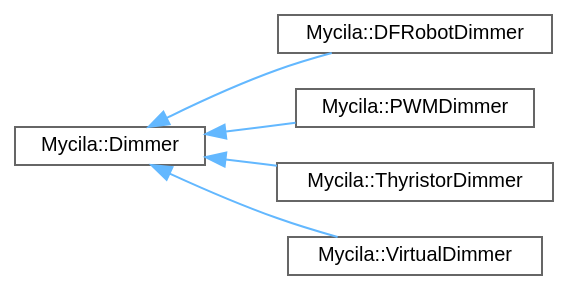
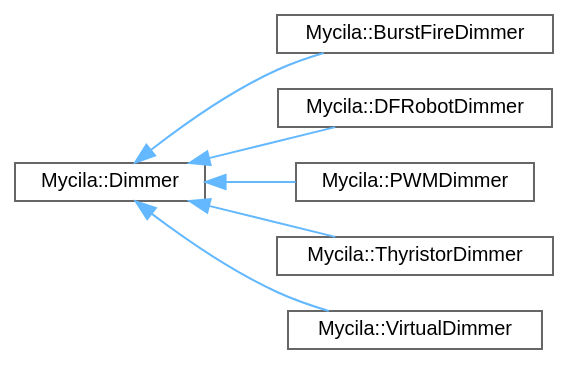
One commit to mathieucarbou/MycilaDimmer changed the diagram in docs/api/inherit_graph_3.dot. Above: the diagram before and after it, drawn with Graphviz. The commit also changed 43 other files, not shown here.

```diff
--- a/docs/api/inherit_graph_3.dot
+++ b/docs/api/inherit_graph_3.dot
@@ -1,17 +1,19 @@
 digraph "Graphical Class Hierarchy"
 {
  // LATEX_PDF_SIZE
   bgcolor="transparent";
   edge [fontname=Helvetica,fontsize=10,labelfontname=Helvetica,labelfontsize=10];
   node [fontname=Helvetica,fontsize=10,shape=box,height=0.2,width=0.4];
   rankdir="LR";
   Node0 [id="Node000000",label="Mycila::Dimmer",height=0.2,width=0.4,color="grey40", fillcolor="white", style="filled",URL="$class_mycila_1_1_dimmer.html",tooltip=" "];
   Node0 -> Node1 [id="edge1_Node000000_Node000001",dir="back",color="steelblue1",style="solid",tooltip=" "];
-  Node1 [id="Node000001",label="Mycila::DFRobotDimmer",height=0.2,width=0.4,color="grey40", fillcolor="white", style="filled",URL="$class_mycila_1_1_d_f_robot_dimmer.html",tooltip=" "];
+  Node1 [id="Node000001",label="Mycila::BurstFireDimmer",height=0.2,width=0.4,color="grey40", fillcolor="white", style="filled",URL="$class_mycila_1_1_burst_fire_dimmer.html",tooltip=" "];
   Node0 -> Node2 [id="edge2_Node000000_Node000002",dir="back",color="steelblue1",style="solid",tooltip=" "];
-  Node2 [id="Node000002",label="Mycila::PWMDimmer",height=0.2,width=0.4,color="grey40", fillcolor="white", style="filled",URL="$class_mycila_1_1_p_w_m_dimmer.html",tooltip=" "];
+  Node2 [id="Node000002",label="Mycila::DFRobotDimmer",height=0.2,width=0.4,color="grey40", fillcolor="white", style="filled",URL="$class_mycila_1_1_d_f_robot_dimmer.html",tooltip=" "];
   Node0 -> Node3 [id="edge3_Node000000_Node000003",dir="back",color="steelblue1",style="solid",tooltip=" "];
-  Node3 [id="Node000003",label="Mycila::ThyristorDimmer",height=0.2,width=0.4,color="grey40", fillcolor="white", style="filled",URL="$class_mycila_1_1_thyristor_dimmer.html",tooltip=" "];
+  Node3 [id="Node000003",label="Mycila::PWMDimmer",height=0.2,width=0.4,color="grey40", fillcolor="white", style="filled",URL="$class_mycila_1_1_p_w_m_dimmer.html",tooltip=" "];
   Node0 -> Node4 [id="edge4_Node000000_Node000004",dir="back",color="steelblue1",style="solid",tooltip=" "];
-  Node4 [id="Node000004",label="Mycila::VirtualDimmer",height=0.2,width=0.4,color="grey40", fillcolor="white", style="filled",URL="$class_mycila_1_1_virtual_dimmer.html",tooltip=" "];
+  Node4 [id="Node000004",label="Mycila::ThyristorDimmer",height=0.2,width=0.4,color="grey40", fillcolor="white", style="filled",URL="$class_mycila_1_1_thyristor_dimmer.html",tooltip=" "];
+  Node0 -> Node5 [id="edge5_Node000000_Node000005",dir="back",color="steelblue1",style="solid",tooltip=" "];
+  Node5 [id="Node000005",label="Mycila::VirtualDimmer",height=0.2,width=0.4,color="grey40", fillcolor="white", style="filled",URL="$class_mycila_1_1_virtual_dimmer.html",tooltip=" "];
 }
```
